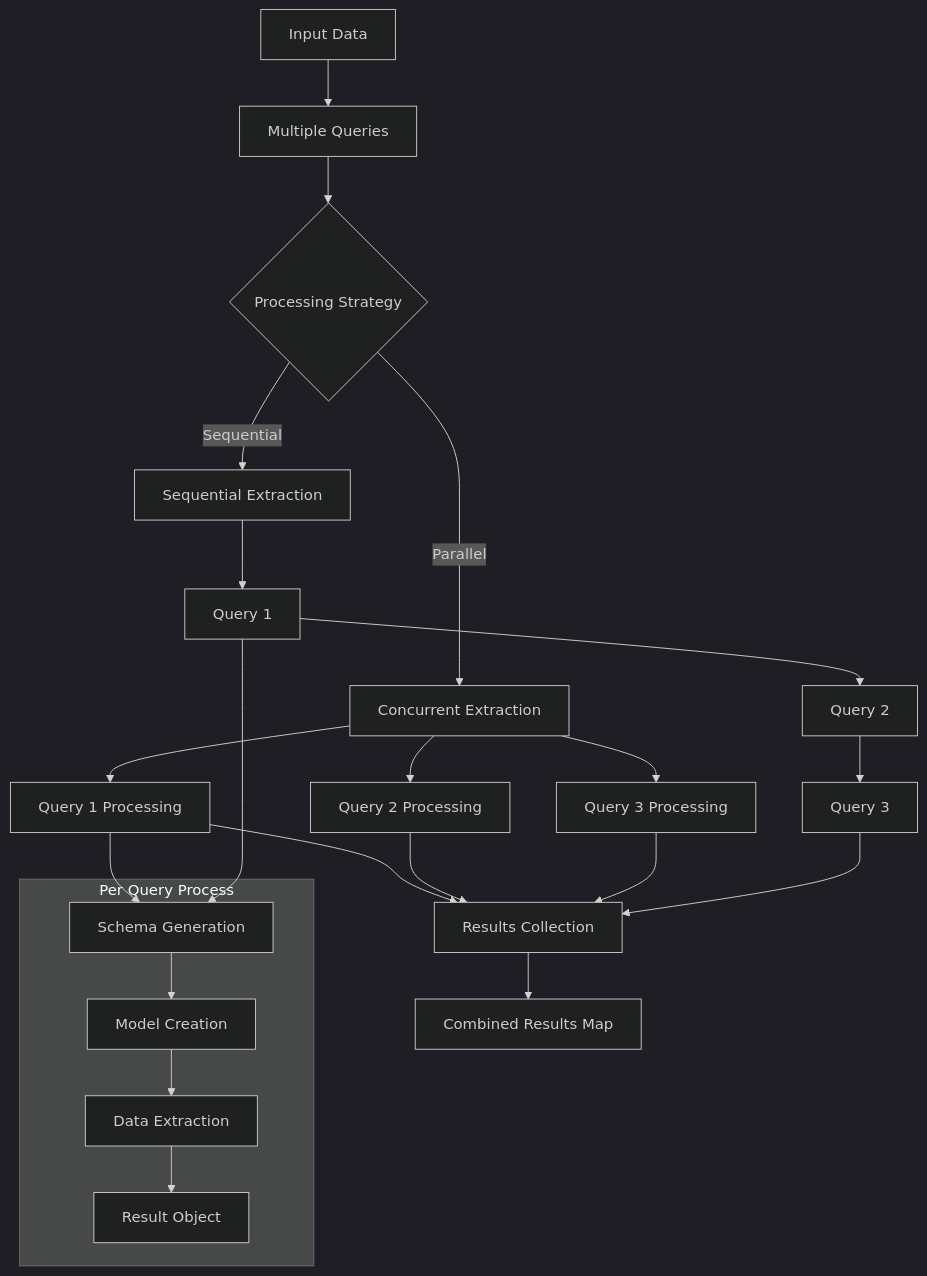
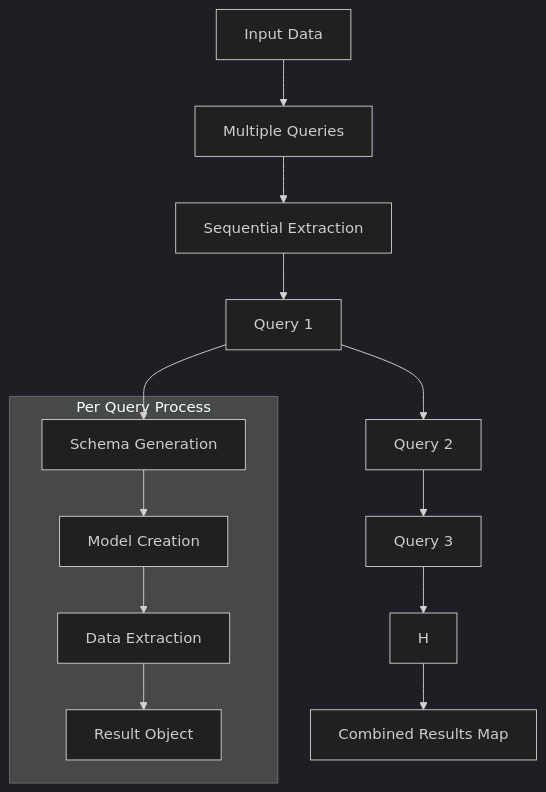
One commit to Blacksuan19/structx changed the diagram in docs/guides/multiple-queries.md. Above: the diagram before and after it, drawn with Mermaid (dark theme). The commit also changed other lines of this file and 19 other files, not shown here.

````diff
--- a/docs/guides/multiple-queries.md
+++ b/docs/guides/multiple-queries.md
@@ -12,32 +12,21 @@
 ```mermaid
 graph TD
     A[Input Data] --> B[Multiple Queries]
-    B --> C{Processing Strategy}
-
-    C -->|Parallel| D[Concurrent Extraction]
-    C -->|Sequential| E[Sequential Extraction]
-
-    D --> F1[Query 1 Processing]
-    D --> F2[Query 2 Processing]
-    D --> F3[Query 3 Processing]
+    B --> E[Sequential Extraction]
 
     E --> G1[Query 1]
     G1 --> G2[Query 2]
     G2 --> G3[Query 3]
 
-    F1 --> H[Results Collection]
-    F2 --> H
-    F3 --> H
     G3 --> H
 
     H --> I[Combined Results Map]
 
     subgraph "Per Query Process"
         J[Schema Generation] --> K[Model Creation]
         K --> L[Data Extraction]
         L --> M[Result Object]
     end
 
-    F1 --> J
     G1 --> J
 ```
````
